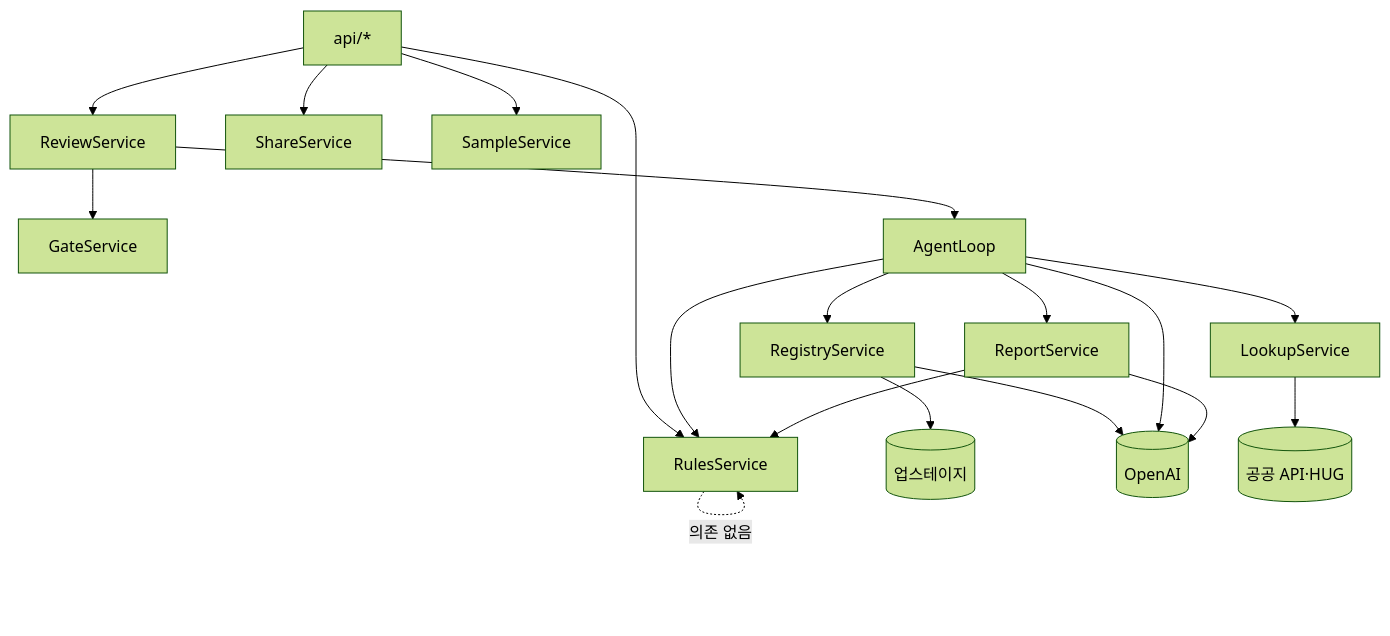
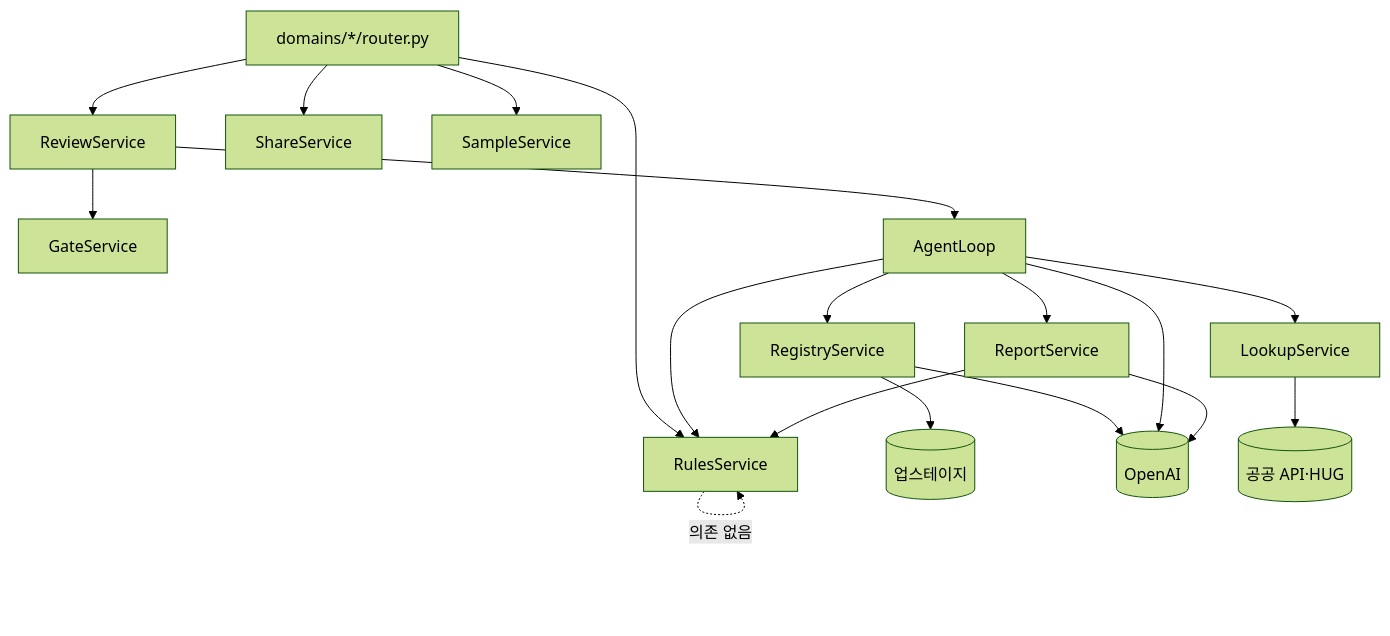
One commit to HoyoungParkme/deposit-guard changed diagram 11 of 19 in docs/specs/06-DOM/JSD-DOM-002.md. Above: the diagram before and after it, drawn with Mermaid (forest theme). The commit also changed other lines of this file, not shown here.

First line of the commit message:
폴더 구조를 실제 구현(app/domains/<domain>/ 5계층)에 맞게 갱신

````diff
--- a/docs/specs/06-DOM/JSD-DOM-002.md
+++ b/docs/specs/06-DOM/JSD-DOM-002.md
@@ -207,20 +211,20 @@
 ```mermaid
 flowchart TD
-    API[api/*] --> RS[ReviewService]
+    API[domains/*/router.py] --> RS[ReviewService]
     API --> SH[ShareService]
     API --> SM[SampleService]
     API --> RU[RulesService]
     RS --> GT[GateService]
     RS --> AL[AgentLoop]
     AL --> RG[RegistryService]
     AL --> RU
     AL --> LK[LookupService]
     AL --> RP[ReportService]
     RP --> RU
     RG --> UP[(업스테이지)]
     RG --> OA[(OpenAI)]
     AL --> OA
     RP --> OA
     LK --> GO[(공공 API·HUG)]
     RU -.의존 없음.-> RU
 ```
````
